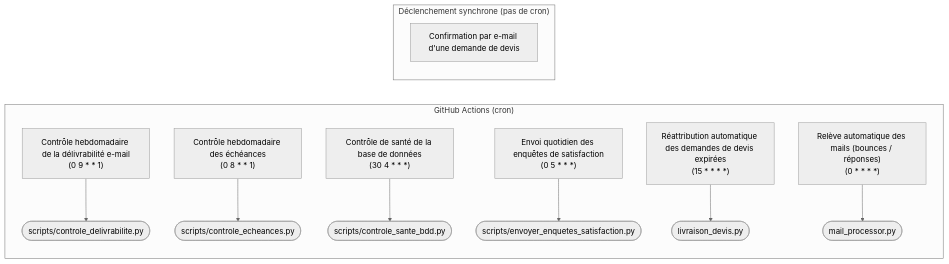
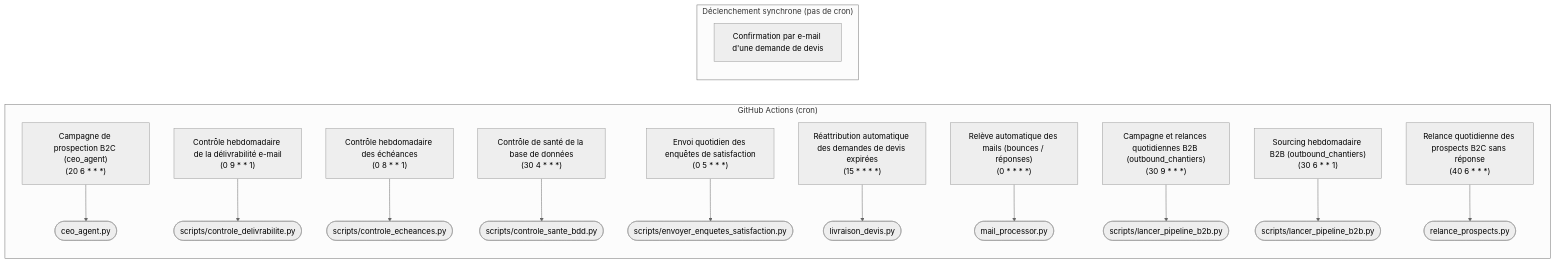
The second of 3 diagrams in docs/architecture_globale.md (contactmonagenceiapro-sudo/leads-creator), drawn with Mermaid (neutral theme) before and after one commit. The commit also changed other lines of this file, not shown here.

Commit message:
docs: mise à jour automatique de l'architecture

````diff
--- a/docs/architecture_globale.md
+++ b/docs/architecture_globale.md
@@ -407,14 +407,18 @@
 ```mermaid
 flowchart LR
     subgraph CRON["GitHub Actions (cron)"]
+        ceo_agent_yml["Campagne de prospection B2C (ceo_agent)<br/>(20 6 * * *)"] --> ceo_agent_yml_script(["ceo_agent.py"])
         controle_delivrabilite_yml["Contrôle hebdomadaire de la délivrabilité e-mail<br/>(0 9 * * 1)"] --> controle_delivrabilite_yml_script(["scripts/controle_delivrabilite.py"])
         controle_echeances_yml["Contrôle hebdomadaire des échéances<br/>(0 8 * * 1)"] --> controle_echeances_yml_script(["scripts/controle_echeances.py"])
         controle_sante_bdd_yml["Contrôle de santé de la base de données<br/>(30 4 * * *)"] --> controle_sante_bdd_yml_script(["scripts/controle_sante_bdd.py"])
         envoyer_enquetes_satisfaction_yml["Envoi quotidien des enquêtes de satisfaction<br/>(0 5 * * *)"] --> envoyer_enquetes_satisfaction_yml_script(["scripts/envoyer_enquetes_satisfaction.py"])
         livraison_devis_yml["Réattribution automatique des demandes de devis expirées<br/>(15 * * * *)"] --> livraison_devis_yml_script(["livraison_devis.py"])
         mail_check_yml["Relève automatique des mails (bounces / réponses)<br/>(0 * * * *)"] --> mail_check_yml_script(["mail_processor.py"])
+        outbound_chantiers_campagne_yml["Campagne et relances quotidiennes B2B (outbound_chantiers)<br/>(30 9 * * *)"] --> outbound_chantiers_campagne_yml_script(["scripts/lancer_pipeline_b2b.py"])
+        outbound_chantiers_sourcing_yml["Sourcing hebdomadaire B2B (outbound_chantiers)<br/>(30 6 * * 1)"] --> outbound_chantiers_sourcing_yml_script(["scripts/lancer_pipeline_b2b.py"])
+        relance_prospects_yml["Relance quotidienne des prospects B2C sans réponse<br/>(40 6 * * *)"] --> relance_prospects_yml_script(["relance_prospects.py"])
     end
     subgraph SYNC["Déclenchement synchrone (pas de cron)"]
         sync_0["Confirmation par e-mail d'une demande de devis"]
     end
 ```
````
